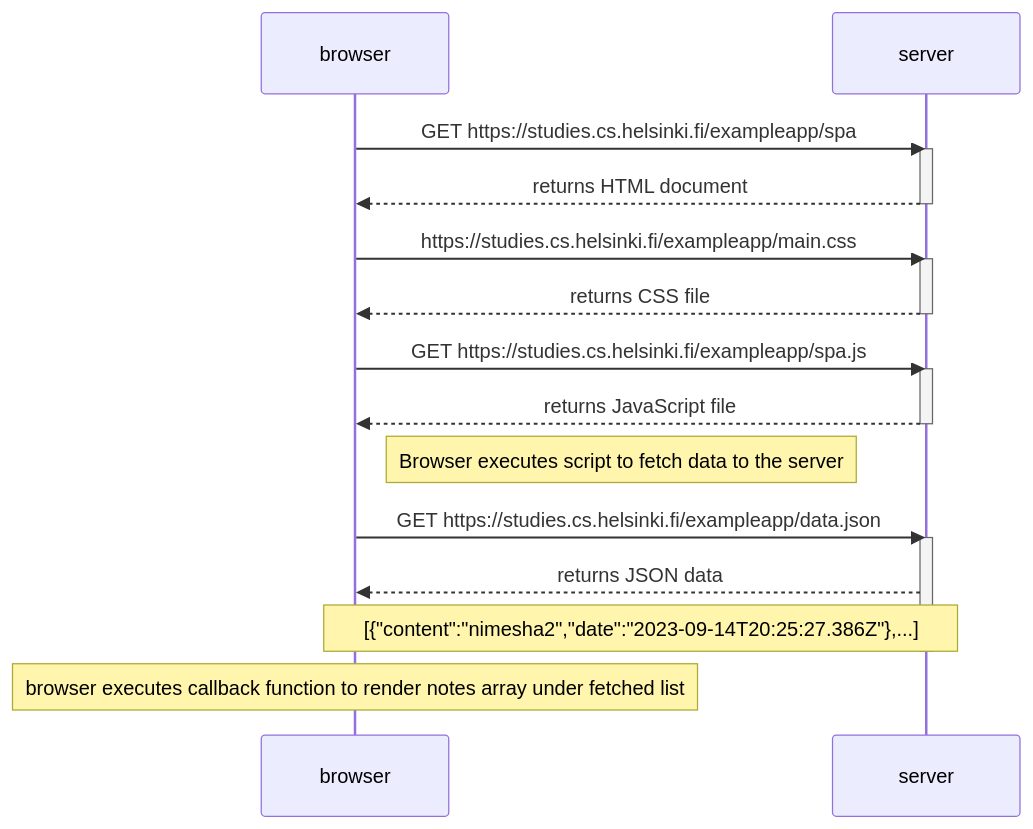
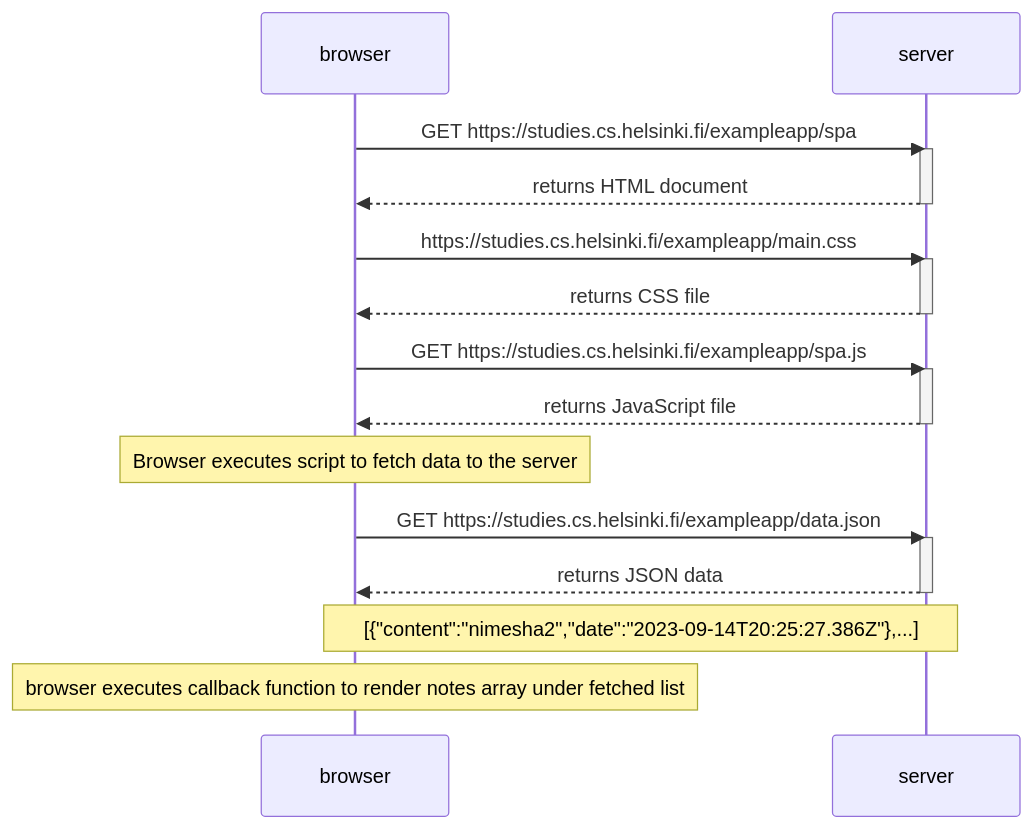
The diagram in part0/0.5-sp-app-diagram.md (Dani-0TB/fullstack-open-submissions), drawn with Mermaid before and after one commit. The commit also changed 2 other files, not shown here.

Commit message:
minor fixes

````diff
--- a/part0/0.5-sp-app-diagram.md
+++ b/part0/0.5-sp-app-diagram.md
@@ -3,31 +3,32 @@
 ```mermaid
 
 sequenceDiagram
   participant browser
   participant server
 
   browser->>server: GET https://studies.cs.helsinki.fi/exampleapp/spa
   activate server
   server-->>browser: returns HTML document
   deactivate server
 
   browser->>server: https://studies.cs.helsinki.fi/exampleapp/main.css
   activate server
   server-->>browser: returns CSS file
   deactivate server
   
   browser->>server: GET https://studies.cs.helsinki.fi/exampleapp/spa.js
   activate server
   server-->>browser: returns JavaScript file
   deactivate server
 
-  note right of browser: Browser executes script to fetch data to the server
+  note over browser: Browser executes script to fetch data to the server
   
   browser->>server: GET https://studies.cs.helsinki.fi/exampleapp/data.json
   activate server
   server-->>browser: returns JSON data
+  deactivate server
   note over browser,server: [{"content":"nimesha2","date":"2023-09-14T20:25:27.386Z"},...]
-  deactivate server
+  
 
   note over browser: browser executes callback function to render notes array under fetched list
 ```
````
